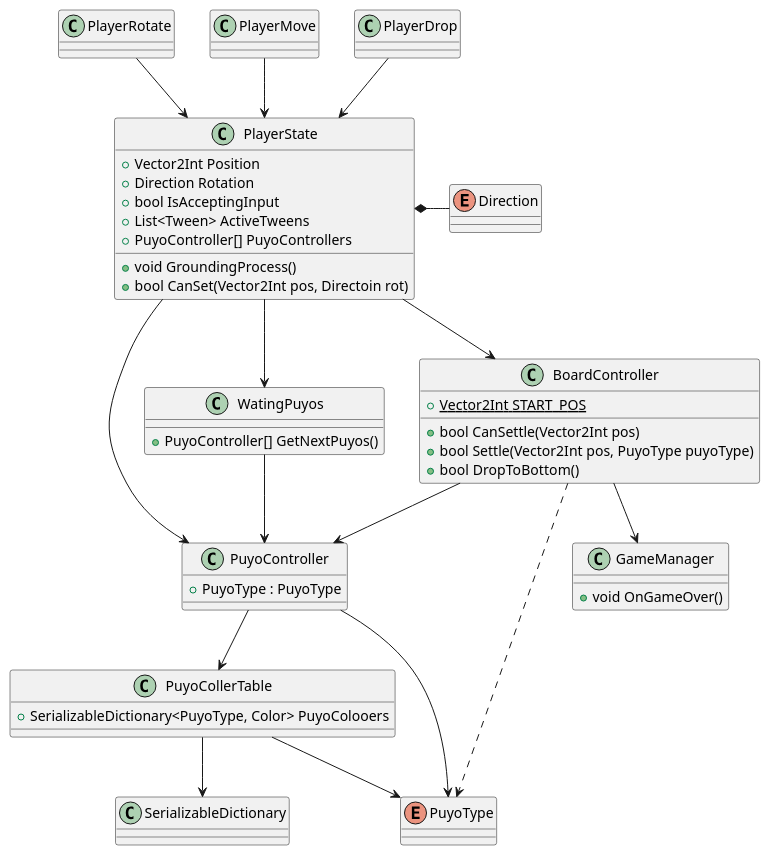
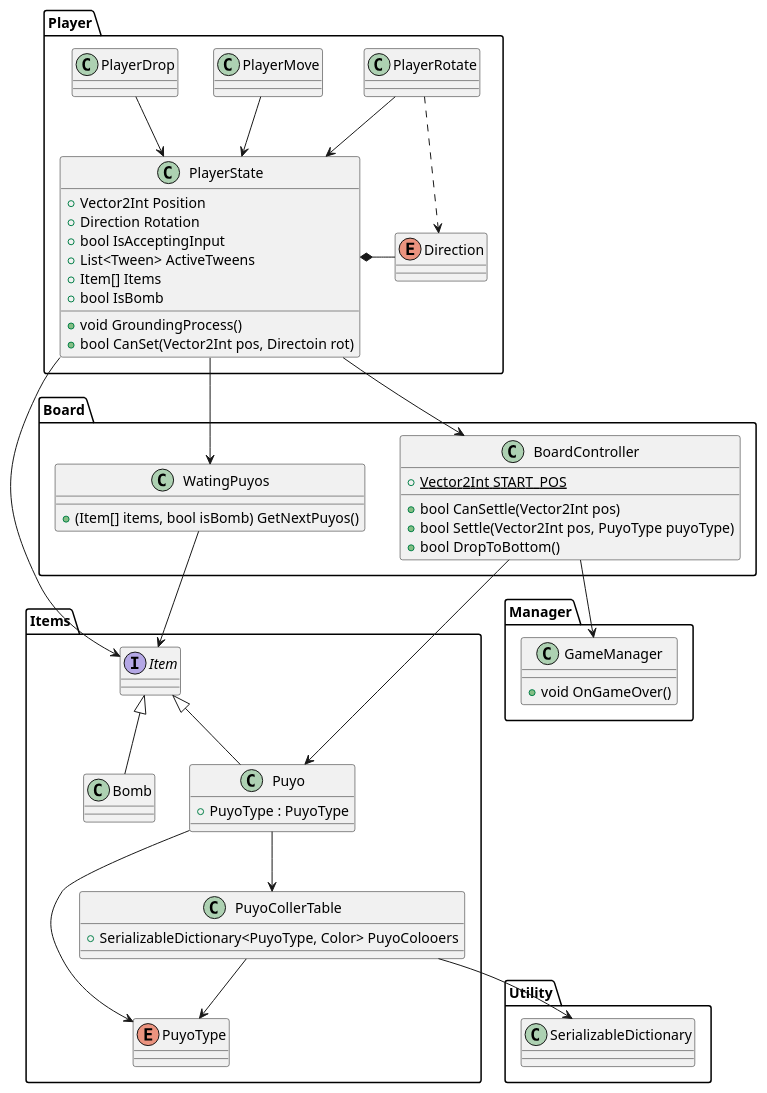
Before and after one commit to snnn30/UniteBlocks: the diagram in puyopuyo.pu, drawn with PlantUML. The commit also changed 13 other files, not shown here.

```diff
--- a/puyopuyo.pu
+++ b/puyopuyo.pu
@@ -1,57 +1,81 @@
 @startuml hoge
-class BoardController{
-    {static} +Vector2Int START_POS
-    +bool CanSettle(Vector2Int pos) 
-    +bool Settle(Vector2Int pos, PuyoType puyoType)
-    +bool DropToBottom()
-}
-class PuyoController{
-    +PuyoType : PuyoType
-}
-class PuyoCollerTable{
-    +SerializableDictionary<PuyoType, Color> PuyoColooers
-}
-class SerializableDictionary
-enum PuyoType
 
-class PlayerRotate
-class PlayerMove
-class PlayerDrop
-class PlayerState{
-    +Vector2Int Position
-    +Direction Rotation    
-    +bool IsAcceptingInput
-    +List<Tween> ActiveTweens
-    +PuyoController[] PuyoControllers
-    +void GroundingProcess()
-    +bool CanSet(Vector2Int pos, Directoin rot)
-}
-enum Direction
-class WatingPuyos{
-    +PuyoController[] GetNextPuyos()
+namespace Player{
+    class PlayerRotate
+    class PlayerMove
+    class PlayerDrop
+    class PlayerState{
+        +Vector2Int Position
+        +Direction Rotation    
+        +bool IsAcceptingInput
+        +List<Tween> ActiveTweens
+        +Item[] Items
+        +bool IsBomb
+        +void GroundingProcess()
+        +bool CanSet(Vector2Int pos, Directoin rot)
+    }
+    enum Direction
+
+    PlayerDrop --> PlayerState
+    PlayerRotate --> PlayerState
+    PlayerMove --> PlayerState
+    PlayerRotate ..> Direction
+    PlayerState *- Direction
 }
 
-class GameManager{
-    +void OnGameOver()
+namespace Items{
+    interface Item
+    class Bomb
+    class Puyo{
+        +PuyoType : PuyoType
+    }
+    class PuyoCollerTable{
+        +SerializableDictionary<PuyoType, Color> PuyoColooers
+    }
+    enum PuyoType
+
+    Item <|-- Puyo
+    Item <|-- Bomb
+    Puyo --> PuyoCollerTable
+    Puyo --> PuyoType
+    PuyoCollerTable --> PuyoType
 }
 
-BoardController --> PuyoController
-BoardController ..> PuyoType
+namespace Utility{
+    class SerializableDictionary
+}
+
+namespace Manager{
+    class GameManager{
+        +void OnGameOver()
+    }
+}
+
+
+namespace Board{
+    class WatingPuyos{
+        +(Item[] items, bool isBomb) GetNextPuyos()
+    }
+
+    class BoardController{
+        {static} +Vector2Int START_POS
+        +bool CanSettle(Vector2Int pos) 
+        +bool Settle(Vector2Int pos, PuyoType puyoType)
+        +bool DropToBottom()
+    }
+}
+
+
+
+PuyoCollerTable --> SerializableDictionary
+
+PlayerState --> Item
+PlayerState --> BoardController
+PlayerState --> WatingPuyos
+
+WatingPuyos --> Item
+BoardController --> Puyo
 BoardController --> GameManager
-PuyoController --> PuyoCollerTable
-PuyoController --> PuyoType
-PuyoCollerTable --> SerializableDictionary
-PuyoCollerTable --> PuyoType
-
-PlayerDrop --> PlayerState
-PlayerRotate --> PlayerState
-PlayerMove --> PlayerState
-
-PlayerState --> PuyoController
-PlayerState --> BoardController
-PlayerState *- Direction
-PlayerState --> WatingPuyos
-WatingPuyos --> PuyoController
 
 
 @enduml
```
